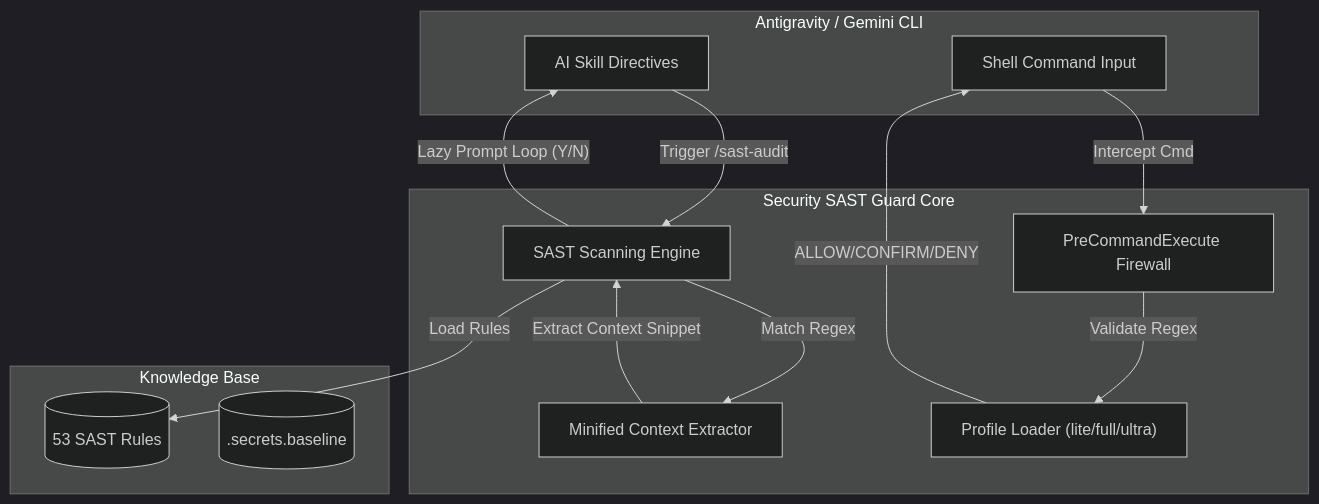
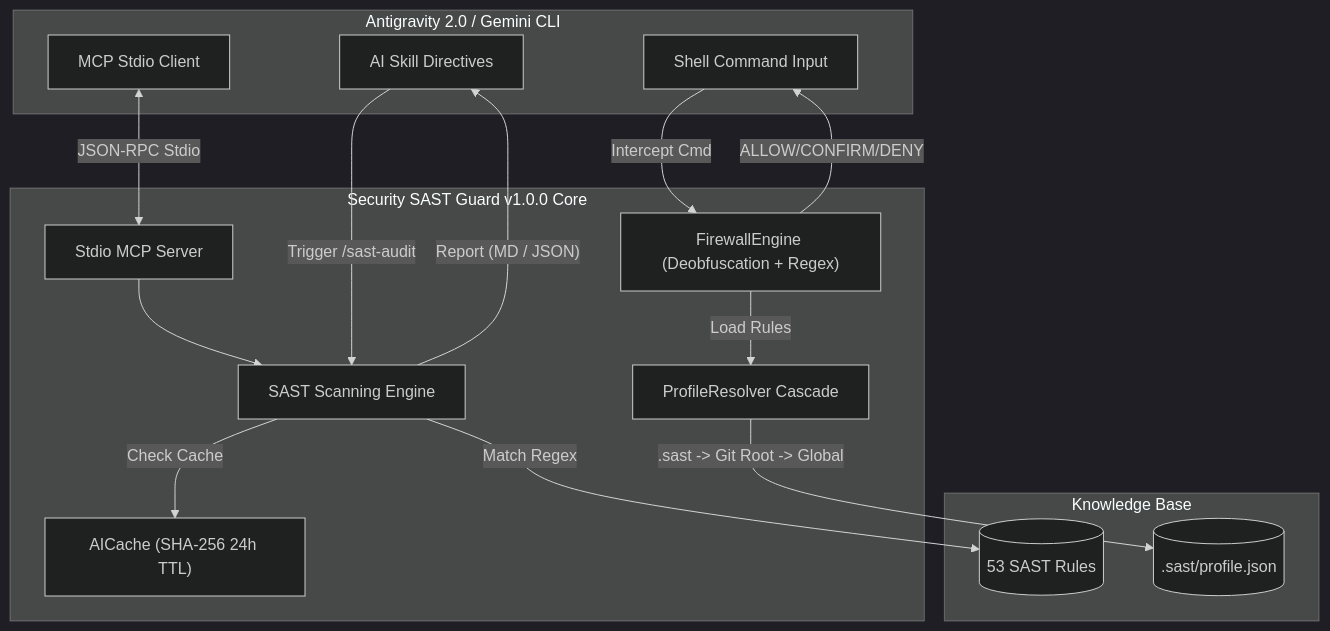
One commit to nguyenduydan/security-sast-guard-plugin changed the diagram in README.md. Above: the diagram before and after it, drawn with Mermaid (dark theme). The commit also changed other lines of this file and 1 other file, not shown here.

Commit message:
docs: update README and landing page with v1.0.0 features, MCP integration, and architecture

````diff
--- a/README.md
+++ b/README.md
@@ -93,29 +90,34 @@
 ```mermaid
 flowchart TD
-    subgraph Client["Antigravity / Gemini CLI"]
+    subgraph Client["Antigravity 2.0 / Gemini CLI"]
         UserCmd["Shell Command Input"]
         AISkill["AI Skill Directives"]
+        MCPClient["MCP Stdio Client"]
     end
 
-    subgraph SecurityGuard["Security SAST Guard Core"]
-        Firewall["PreCommandExecute Firewall"]
-        Engine["SAST Scanning Engine"]
-        Context["Minified Context Extractor"]
-        Profile["Profile Loader (lite/full/ultra)"]
+    subgraph SecurityGuard["Security SAST Guard v1.0.0 Core"]
+        Firewall["FirewallEngine (Deobfuscation + Regex)"]
+        Scanner["SAST Scanning Engine"]
+        MCPServer["Stdio MCP Server"]
+        Resolver["ProfileResolver Cascade"]
+        AICache["AICache (SHA-256 24h TTL)"]
     end
 
     subgraph Storage["Knowledge Base"]
         RuleDB[("53 SAST Rules")]
-        Baseline[(".secrets.baseline")]
+        LocalProfile[(".sast/profile.json")]
     end
 
     UserCmd -->|"Intercept Cmd"| Firewall
-    Firewall -->|"Validate Regex"| Profile
-    Profile -->|"ALLOW/CONFIRM/DENY"| UserCmd
+    Firewall -->|"Load Rules"| Resolver
+    Resolver -->|".sast -> Git Root -> Global"| LocalProfile
+    Firewall -->|"ALLOW/CONFIRM/DENY"| UserCmd
 
-    AISkill -->|"Trigger /sast-audit"| Engine
-    Engine -->|"Load Rules"| RuleDB
-    Engine -->|"Match Regex"| Context
-    Context -->|"Extract Context Snippet"| Engine
-    Engine -->|"Lazy Prompt Loop (Y/N)"| AISkill
+    MCPClient <-->|"JSON-RPC Stdio"| MCPServer
+    MCPServer --> Scanner
+
+    AISkill -->|"Trigger /sast-audit"| Scanner
+    Scanner -->|"Match Regex"| RuleDB
+    Scanner -->|"Check Cache"| AICache
+    Scanner -->|"Report (MD / JSON)"| AISkill
 ```
````
